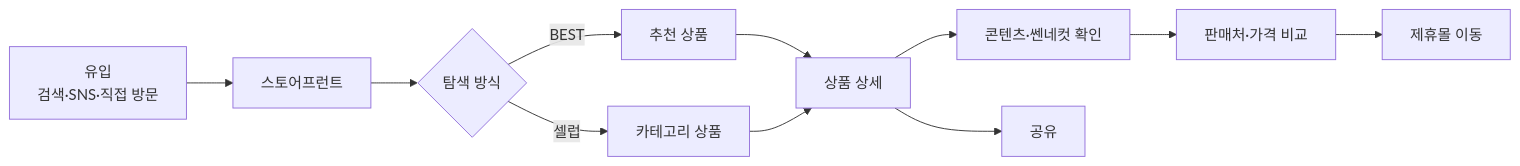
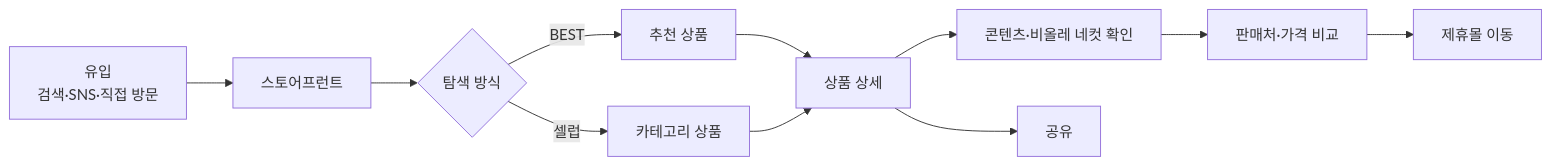
Before and after one commit to hwangsanghan0519/blog: the first of 14 diagrams in README.md, drawn with Mermaid. The commit also changed other lines of this file and 27 other files, not shown here.

````diff
--- a/README.md
+++ b/README.md
@@ -77,13 +77,13 @@
 ```mermaid
 flowchart LR
   A[유입<br/>검색·SNS·직접 방문] --> B[스토어프런트]
   B --> C{탐색 방식}
   C -->|BEST| D[추천 상품]
   C -->|셀럽| E[카테고리 상품]
   D --> F[상품 상세]
   E --> F
-  F --> G[콘텐츠·쎈네컷 확인]
+  F --> G[콘텐츠·비올레 네컷 확인]
   G --> H[판매처·가격 비교]
   H --> I[제휴몰 이동]
   F --> J[공유]
 ```
````
